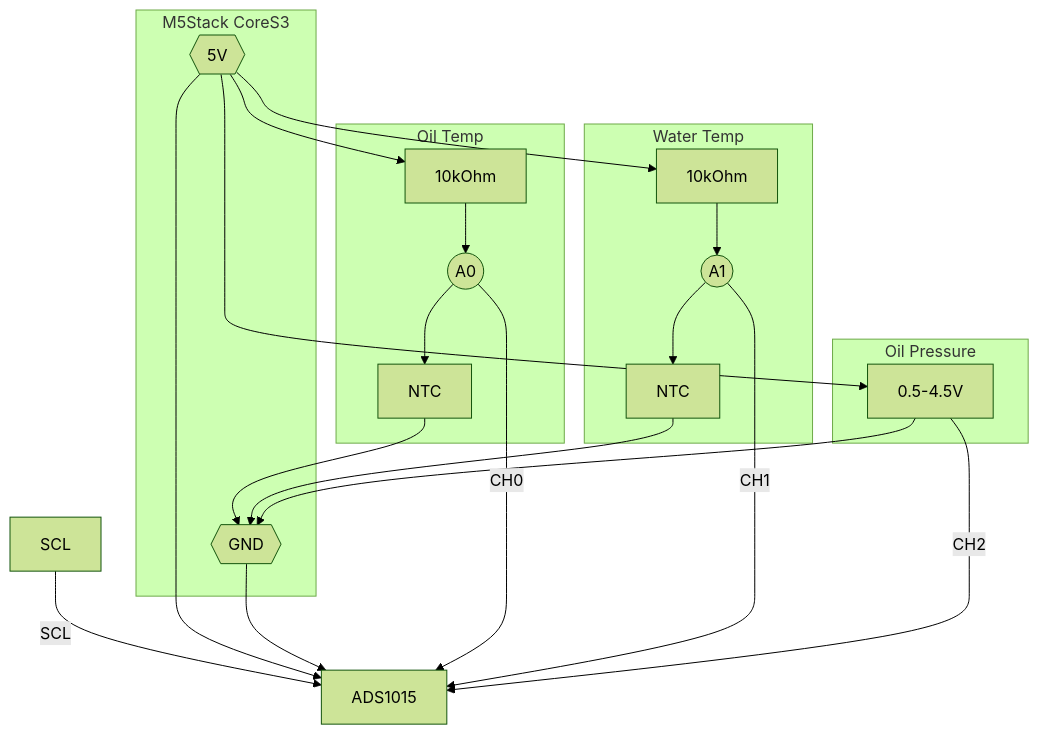
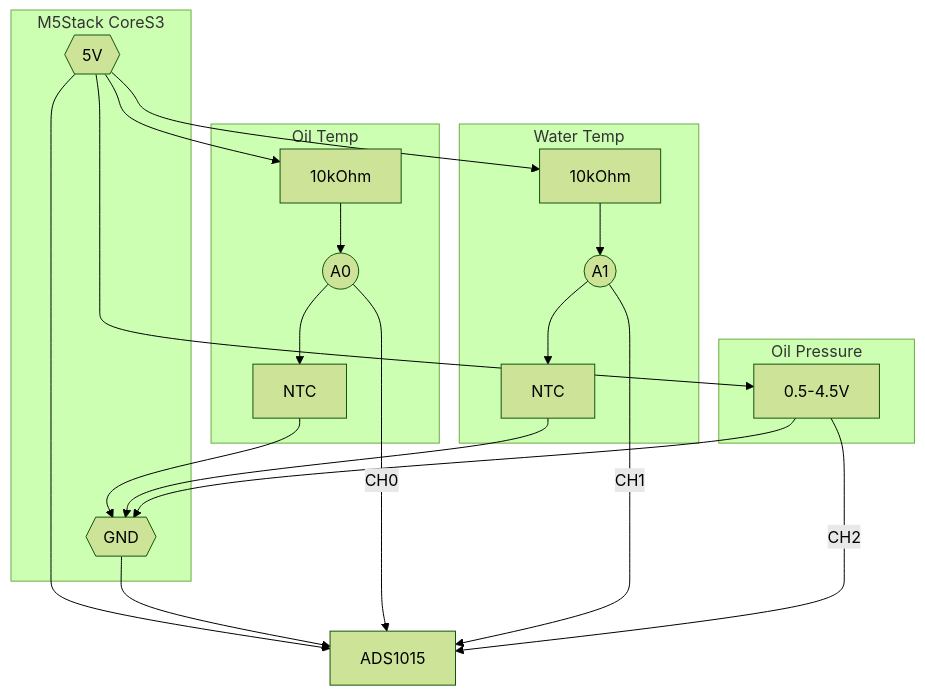
Before and after one commit to puriso/racing_guage: the diagram in README.md, drawn with Mermaid (forest theme).

````diff
--- a/README.md
+++ b/README.md
@@ -47,35 +47,34 @@
 ```mermaid
 graph TD
     subgraph "M5Stack CoreS3"
         V5{{5V}}
         GND{{GND}}
     end
 
     ADS[ADS1015]
 
-    SCL -- SCL --> ADS
     V5 --> ADS
     GND --> ADS
 
     subgraph "Oil Temp"
         R1[10kOhm]
         NTC1[NTC]
         V5 --> R1 --> AN0((A0))
         AN0 --> NTC1 --> GND
     end
     AN0 -- CH0 --> ADS
 
     subgraph "Water Temp"
         R2[10kOhm]
         NTC2[NTC]
         V5 --> R2 --> AN1((A1))
         AN1 --> NTC2 --> GND
     end
     AN1 -- CH1 --> ADS
 
     subgraph "Oil Pressure"
         OilP["0.5-4.5V"]
         V5 --> OilP --> GND
     end
     OilP -- CH2 --> ADS
 ```
````
